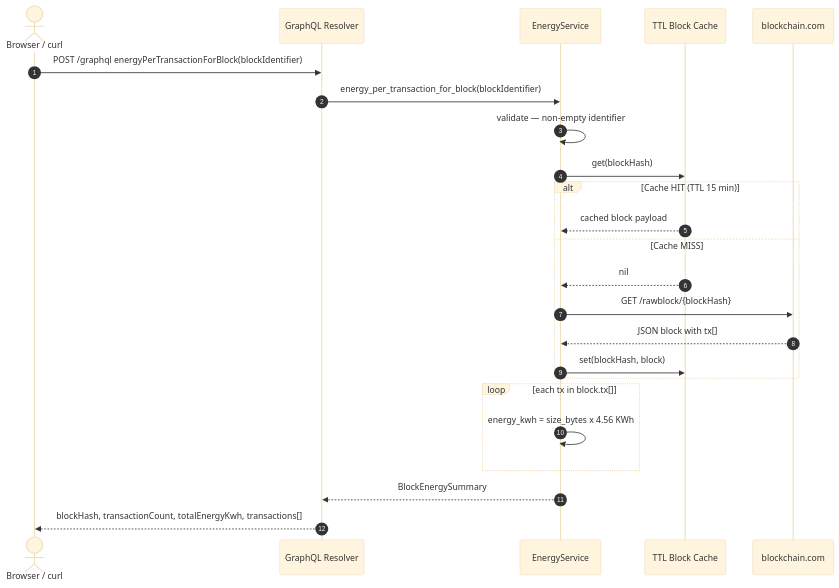
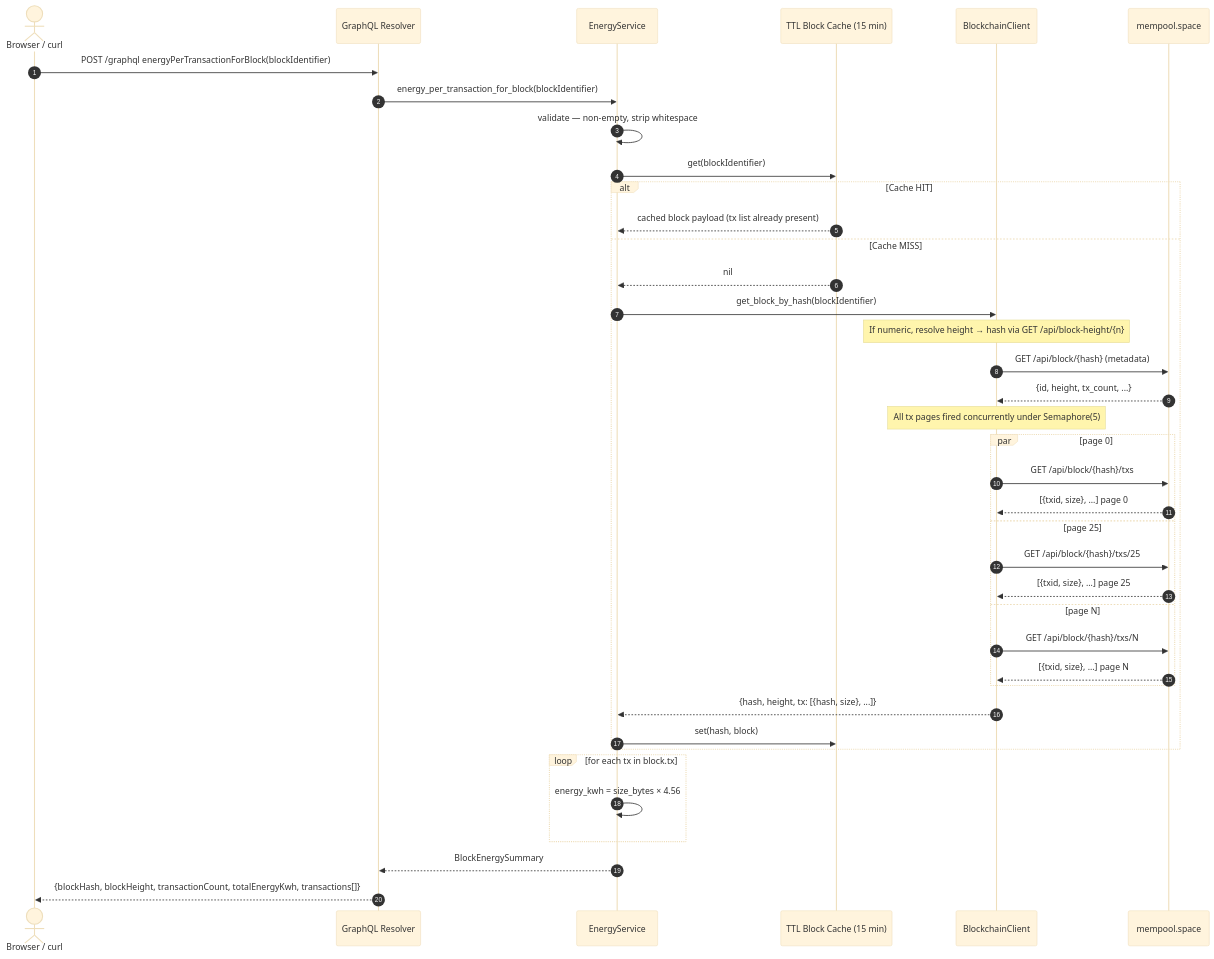
Before and after one commit to burakcetindev/sensorfact: the first of 4 diagrams in docs/data-flow.md, drawn with Mermaid (base theme). The commit also changed other lines of this file and 23 other files, not shown here.

````diff
--- a/docs/data-flow.md
+++ b/docs/data-flow.md
@@ -9,27 +15,42 @@
 ```mermaid
 sequenceDiagram
     autonumber
     actor Client as Browser / curl
     participant GQL  as GraphQL Resolver
     participant SVC  as EnergyService
-    participant CAC  as TTL Block Cache
-    participant API  as blockchain.com
+    participant CAC  as TTL Block Cache (15 min)
+    participant CLI  as BlockchainClient
+    participant API  as mempool.space
 
     Client->>GQL: POST /graphql energyPerTransactionForBlock(blockIdentifier)
     GQL->>SVC: energy_per_transaction_for_block(blockIdentifier)
-    SVC->>SVC: validate — non-empty identifier
-    SVC->>CAC: get(blockHash)
-    alt Cache HIT (TTL 15 min)
-        CAC-->>SVC: cached block payload
+    SVC->>SVC: validate — non-empty, strip whitespace
+    SVC->>CAC: get(blockIdentifier)
+    alt Cache HIT
+        CAC-->>SVC: cached block payload (tx list already present)
     else Cache MISS
         CAC-->>SVC: nil
-        SVC->>API: GET /rawblock/{blockHash}
-        API-->>SVC: JSON block with tx[]
-        SVC->>CAC: set(blockHash, block)
+        SVC->>CLI: get_block_by_hash(blockIdentifier)
+        Note over CLI: If numeric, resolve height → hash via GET /api/block-height/{n}
+        CLI->>API: GET /api/block/{hash}  (metadata)
+        API-->>CLI: {id, height, tx_count, ...}
+        Note over CLI: All tx pages fired concurrently under Semaphore(5)
+        par page 0
+            CLI->>API: GET /api/block/{hash}/txs
+            API-->>CLI: [{txid, size}, ...] page 0
+        and page 25
+            CLI->>API: GET /api/block/{hash}/txs/25
+            API-->>CLI: [{txid, size}, ...] page 25
+        and page N
+            CLI->>API: GET /api/block/{hash}/txs/N
+            API-->>CLI: [{txid, size}, ...] page N
+        end
+        CLI-->>SVC: {hash, height, tx: [{hash, size}, ...]}
+        SVC->>CAC: set(hash, block)
     end
-    loop each tx in block.tx[]
-        SVC->>SVC: energy_kwh = size_bytes x 4.56 KWh
+    loop for each tx in block.tx
+        SVC->>SVC: energy_kwh = size_bytes × 4.56
     end
     SVC-->>GQL: BlockEnergySummary
-    GQL-->>Client: blockHash, transactionCount, totalEnergyKwh, transactions[]
+    GQL-->>Client: {blockHash, blockHeight, transactionCount, totalEnergyKwh, transactions[]}
 ```
````
